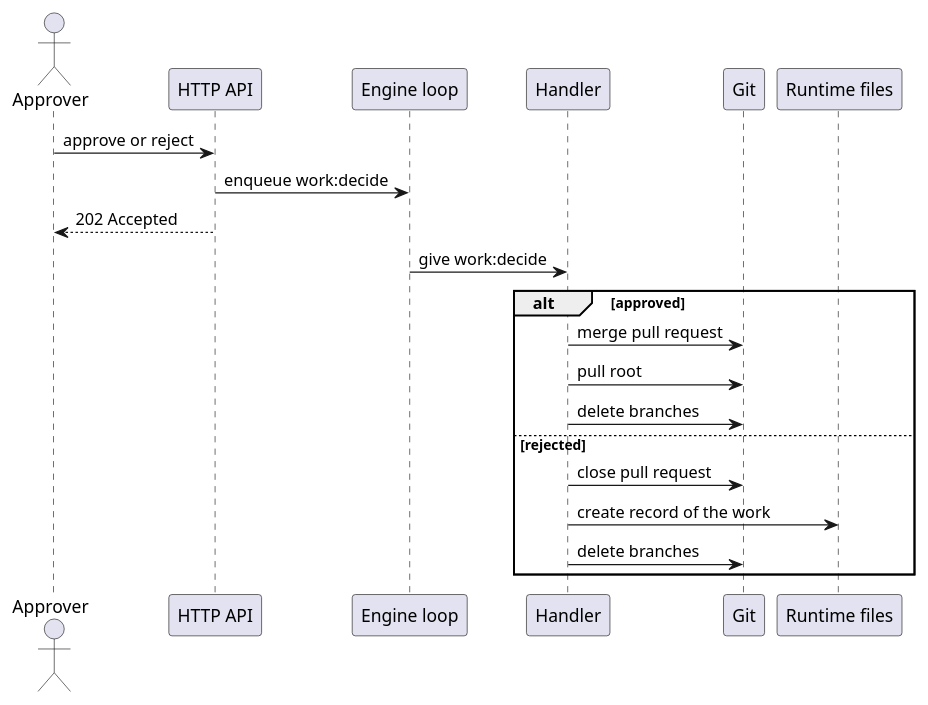
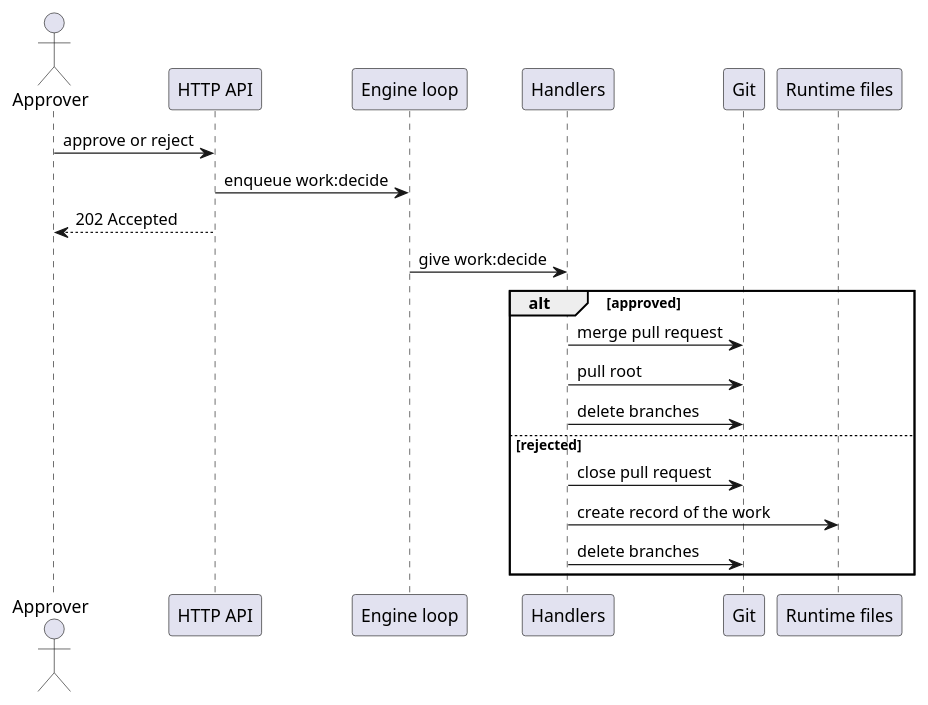
The second of 3 diagrams in docs/06_runtime/action-flow.md (longlh/superteam), drawn with PlantUML before and after one commit. The commit also changed other lines of this file and 17 other files, not shown here.

````diff
--- a/docs/06_runtime/action-flow.md
+++ b/docs/06_runtime/action-flow.md
@@ -116,24 +116,24 @@
 ```plantuml
 @startuml
 actor Approver
 participant "HTTP API" as API
 participant "Engine loop" as EL
-participant Handler
+participant "Handlers" as Handler
 participant Git
 participant "Runtime files" as Runtime
 
 Approver -> API : approve or reject
 API -> EL : enqueue work:decide
 API --> Approver : 202 Accepted
 EL -> Handler : give work:decide
 alt approved
   Handler -> Git : merge pull request
   Handler -> Git : pull root
   Handler -> Git : delete branches
 else rejected
   Handler -> Git : close pull request
   Handler -> Runtime : create record of the work
   Handler -> Git : delete branches
 end
 @enduml
 ```
````
